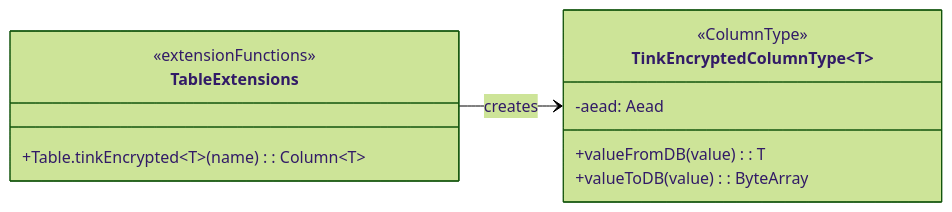
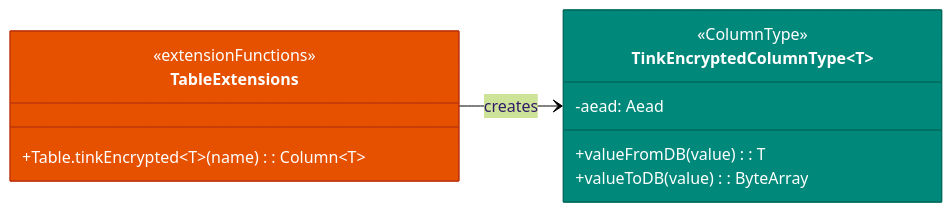
The first of 2 diagrams in data/exposed-tink/README.ko.md (bluetape4k/bluetape4k-projects), drawn with Mermaid (forest theme) before and after one commit. The commit also changed other lines of this file and 221 other files, not shown here.

First line of the commit message:
docs: 전체 모듈 README UML 다이어그램 보강 및 색상 업그레이드

````diff
--- a/data/exposed-tink/README.ko.md
+++ b/data/exposed-tink/README.ko.md
@@ -216,16 +216,18 @@
 ```mermaid
 classDiagram
     direction LR
     class TinkEncryptedColumnType~T~ {
         <<ColumnType>>
         -aead: Aead
         +valueFromDB(value): T
         +valueToDB(value): ByteArray
     }
     class TableExtensions {
         <<extensionFunctions>>
         +Table.tinkEncrypted~T~(name): Column~T~
     }
     TableExtensions --> TinkEncryptedColumnType : creates
 
+    style TinkEncryptedColumnType fill:#00897B,stroke:#00695C,color:#FFFFFF
+    style TableExtensions fill:#E65100,stroke:#BF360C,color:#FFFFFF
 ```
````
